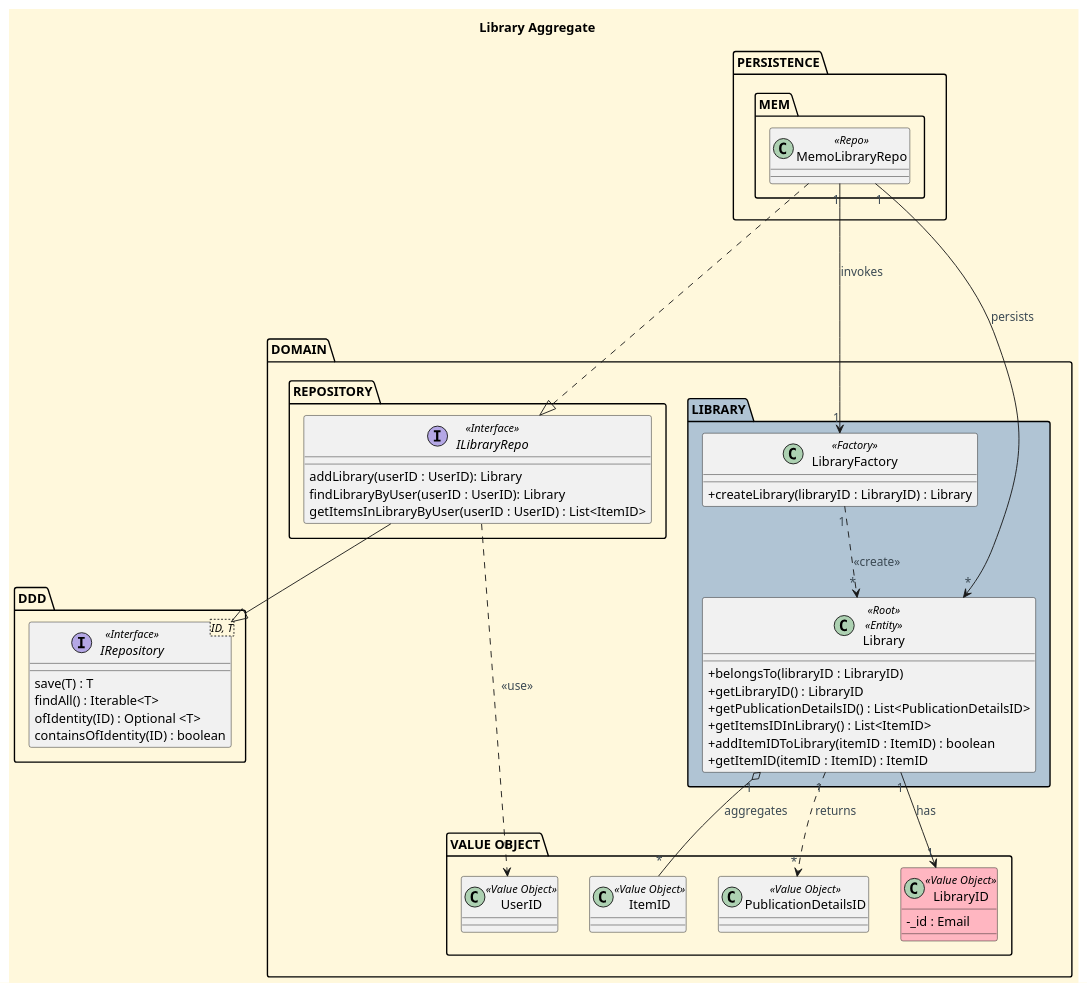
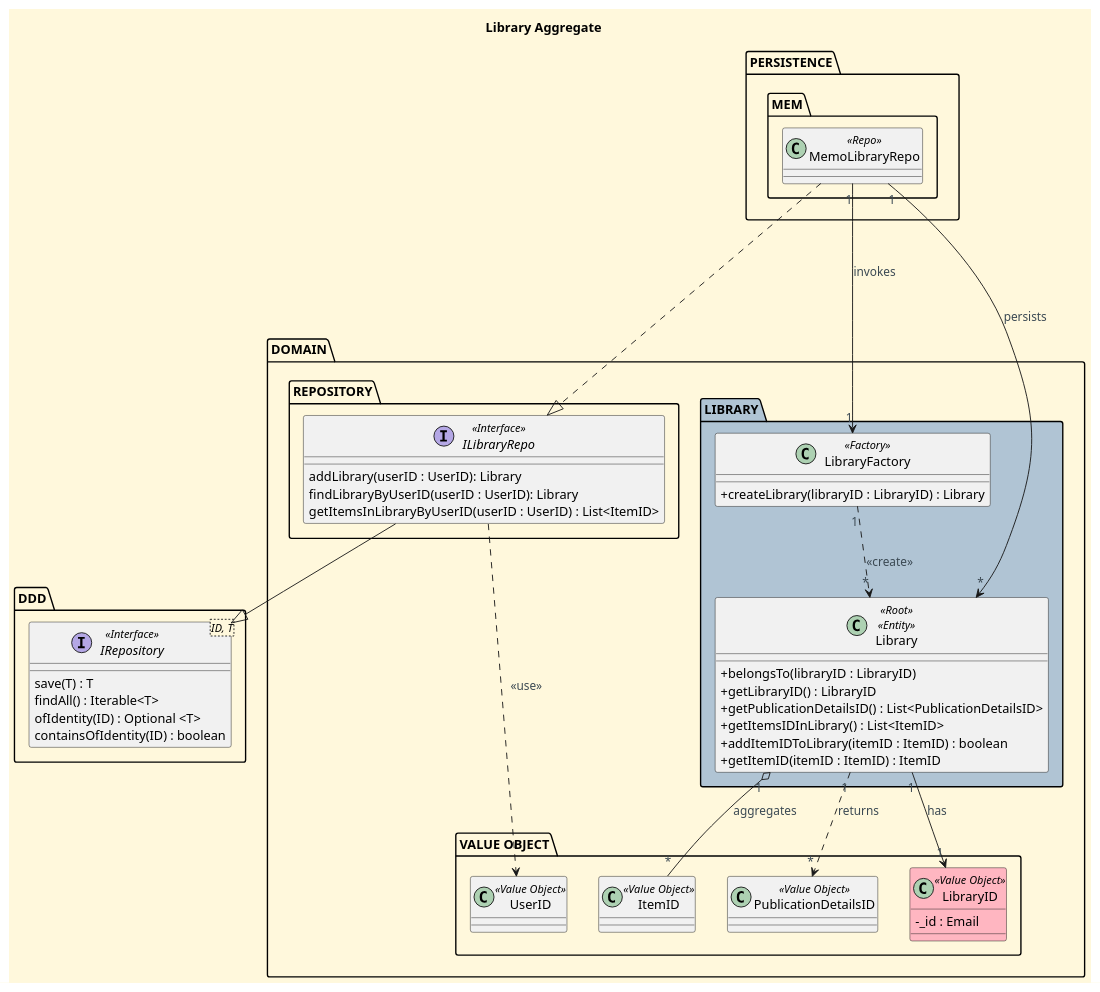
One commit to CarolinaLeite-collab/JavaMarketplacePlatform changed the diagram in docs/aggregates-diagrams/Library_Aggregate.puml. Above: the diagram before and after it, drawn with PlantUML. The commit also changed 2 other files, not shown here.

Commit message:
docs: added IRepository interfaces to aggregate diagrams in Item, Library and List of Items classes, refs #462 #466 #470

```diff
--- a/docs/aggregates-diagrams/Library_Aggregate.puml
+++ b/docs/aggregates-diagrams/Library_Aggregate.puml
@@ -1,103 +1,103 @@
 @startuml
 'https://plantuml.com/class-diagram
 title Library Aggregate
 
 '==== basic style ====
 skinparam monochrome false
 skinparam shadowing false
 skinparam defaultFontName Futura
 skinparam objectFontSize 20
 skinparam backgroundColor CornSilk
 skinparam objectBackgroundColor WhiteSmoke
 skinparam noteBackgroundColor #FFFFE0
 skinparam ArrowFontColor #3B4953
 skinparam ActivationBackgroundColor black
 skinparam classAttributeIconSize 0
 
 top to bottom direction
 
 package "PERSISTENCE" {
 
     package "MEM" {
 
         class MemoLibraryRepo <<Repo>> {
 
 '        - _libraries : List<Library>
-'        - libraryExists(libraryID : LibraryID) : boolean
+'        - libraryExists(libraryID : LibraryId) : boolean
         }
 
     }
 }
 
 package "DOMAIN" {
 
     package "REPOSITORY" {
 
         interface ILibraryRepo <<Interface>> {
         addLibrary(userID : UserID): Library
-        findLibraryByUser(userID : UserID): Library
-        getItemsInLibraryByUser(userID : UserID) : List<ItemID>
+        findLibraryByUserID(userID : UserID): Library
+        getItemsInLibraryByUserID(userID : UserID) : List<ItemID>
         }
 
     }
 
     package "VALUE OBJECT" {
 
         class LibraryID <<Value Object>> #LightPink {
         - _id : Email
         }
         class ItemID <<Value Object>> {}
         class PublicationDetailsID <<Value Object>> {}
         class UserID <<Value Object>>
 
     }
 
     package "LIBRARY" #b0c4d4 {
 
         class Library <<Root>> <<Entity>> {
     '      - _listItems : List<ItemID>
           + belongsTo(libraryID : LibraryID)
           + getLibraryID() : LibraryID
           + getPublicationDetailsID() : List<PublicationDetailsID>
           + getItemsIDInLibrary() : List<ItemID>
           + addItemIDToLibrary(itemID : ItemID) : boolean
           + getItemID(itemID : ItemID) : ItemID
         }
 
         class LibraryFactory <<Factory>> {
         + createLibrary(libraryID : LibraryID) : Library
         }
 
     }
 
 }
 
 Package "DDD" {
 
     interface IRepository<ID, T> <<Interface>> {
     save(T) : T
     findAll() : Iterable<T>
     ofIdentity(ID) : Optional <T>
     containsOfIdentity(ID) : boolean
     }
 
 }
 
 MemoLibraryRepo ...|> ILibraryRepo
 ILibraryRepo --|>  IRepository
 MemoLibraryRepo "1" --> "1" LibraryFactory : invokes
 
 MemoLibraryRepo "1" --> "*" Library : persists
 
 Library "1" --> "1" LibraryID: has
 Library "1" o-- "*" ItemID: aggregates
 Library "1" ..> "*" PublicationDetailsID: returns
 
 LibraryFactory "1" ..> "*" Library: <<create>>
 
 ILibraryRepo ...> UserID : <<use>>
 
 'ILibraryRepo "1" ..> "*" Library: manages
-'ILibraryRepo "1" ..> "*" LibraryID: uses
+'ILibraryRepo "1" ..> "*" LibraryId: uses
 
 @enduml
```
